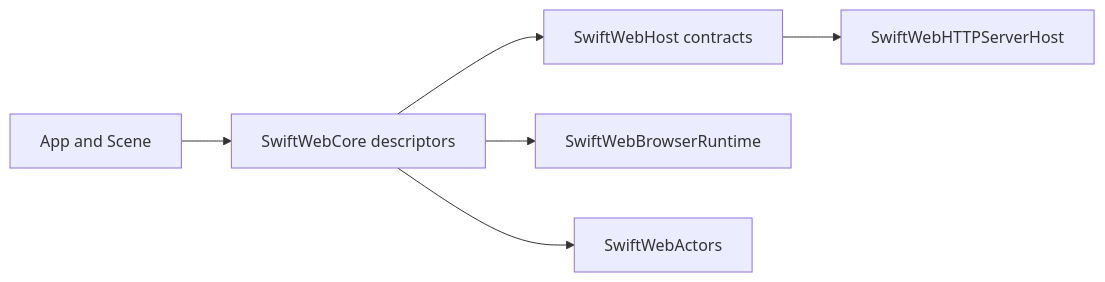
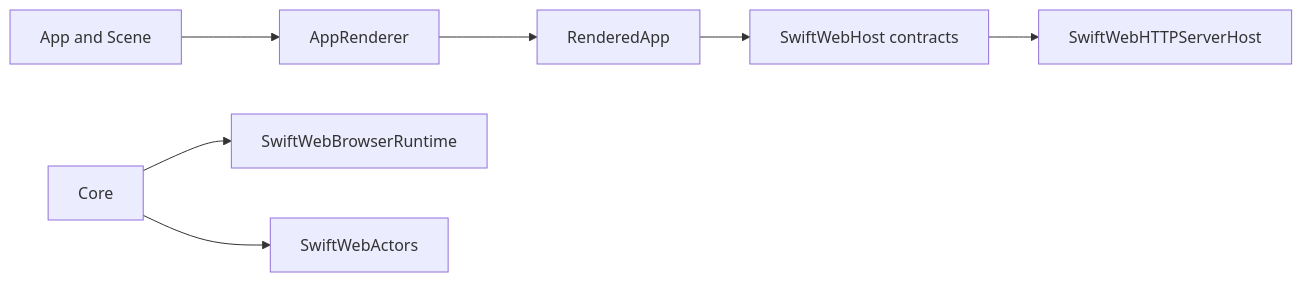
Before and after one commit to 1amageek/swift-web: the first of 2 diagrams in Sources/SwiftWebRuntime/Core/README.md, drawn with Mermaid. The commit also changed other lines of this file and 88 other files, not shown here.

Commit message:
Centralize application rendering in SwiftWeb

````diff
--- a/Sources/SwiftWebRuntime/Core/README.md
+++ b/Sources/SwiftWebRuntime/Core/README.md
@@ -25,8 +25,9 @@
 ```mermaid
 flowchart LR
-  App["App and Scene"] --> Core["SwiftWebCore descriptors"]
-  Core --> Host["SwiftWebHost contracts"]
+  App["App and Scene"] --> Renderer["AppRenderer"]
+  Renderer --> Rendered["RenderedApp"]
+  Rendered --> Host["SwiftWebHost contracts"]
   Host --> HTTP["SwiftWebHTTPServerHost"]
   Core --> Browser["SwiftWebBrowserRuntime"]
   Core --> Actors["SwiftWebActors"]
 ```
````
